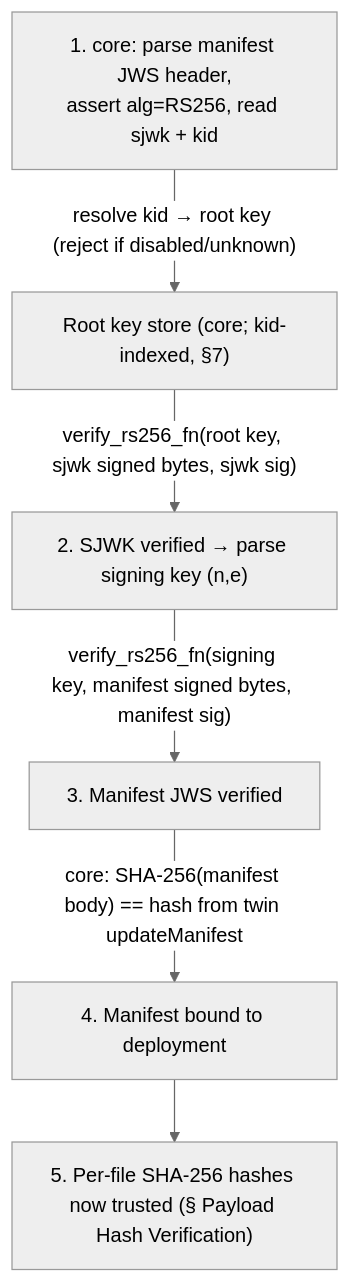
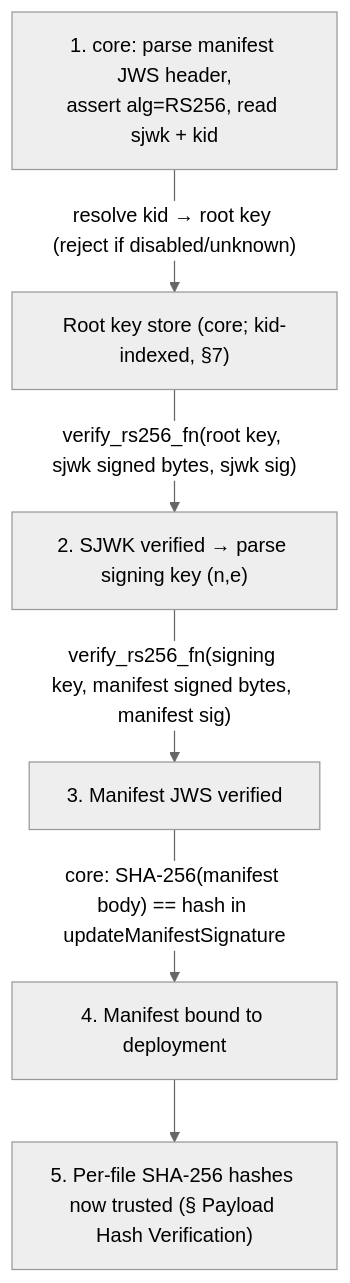
The fourth of 7 diagrams in c/docs/eng/adu-client-design.md (Azure/azure-iot-sdk), drawn with Mermaid (neutral theme) before and after one commit. The commit also changed other lines of this file and 10 other files, not shown here.

````diff
--- a/c/docs/eng/adu-client-design.md
+++ b/c/docs/eng/adu-client-design.md
@@ -1301,10 +1111,10 @@
 ```mermaid
 graph TD
     RK["Root key store (core; kid-indexed, §7)"]
     H1["1. core: parse manifest JWS header,<br/>assert alg=RS256, read sjwk + kid"]
     H1 -->|"resolve kid → root key (reject if disabled/unknown)"| RK
     RK -->|"verify_rs256_fn(root key, sjwk signed bytes, sjwk sig)"| SJWK["2. SJWK verified → parse signing key (n,e)"]
     SJWK -->|"verify_rs256_fn(signing key, manifest signed bytes, manifest sig)"| M["3. Manifest JWS verified"]
-    M -->|"core: SHA-256(manifest body) == hash from twin updateManifest"| BIND["4. Manifest bound to deployment"]
+    M -->|"core: SHA-256(manifest body) == hash in updateManifestSignature"| BIND["4. Manifest bound to deployment"]
     BIND --> F["5. Per-file SHA-256 hashes now trusted (§ Payload Hash Verification)"]
 ```
````
